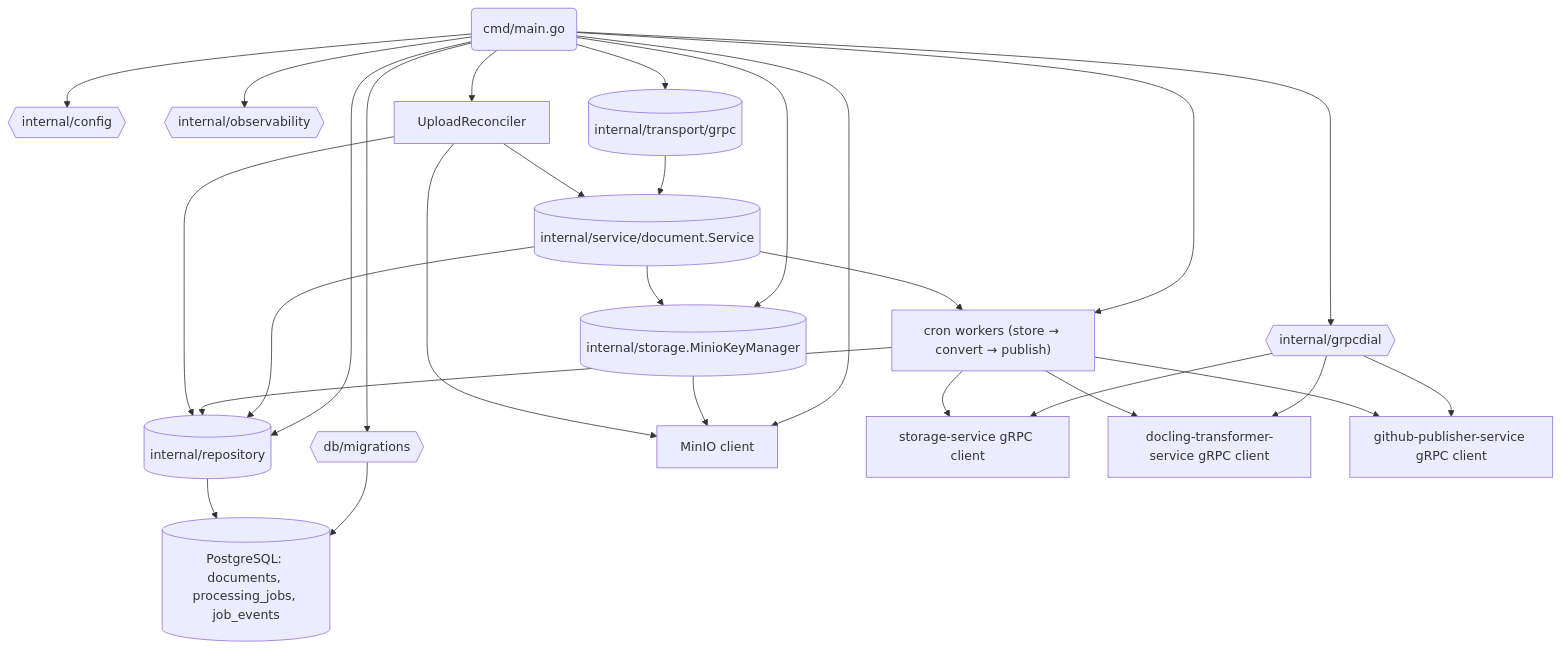
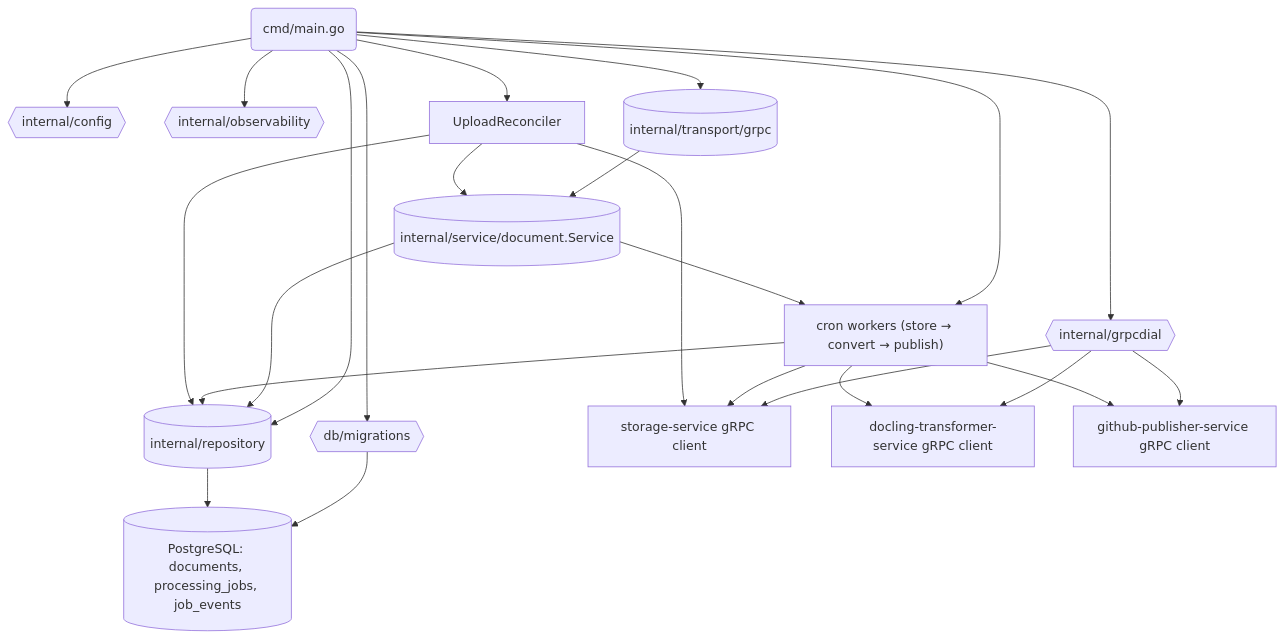
Before and after one commit to FedorovTeam/mono-repo: the diagram in backend/document-service/code.md, drawn with Mermaid. The commit also changed other lines of this file and 7 other files, not shown here.

````diff
--- a/backend/document-service/code.md
+++ b/backend/document-service/code.md
@@ -3,35 +3,31 @@
 ```mermaid
 flowchart TD
     main("cmd/main.go") --> configLoader{{"internal/config"}}
     main --> observability{{"internal/observability"}}
     main --> migrations{{"db/migrations"}}
     main --> repo
-    main --> minioClient["MinIO client"]
     main --> grpcDial{{"internal/grpcdial"}}
-    main --> keyManager
     main --> jobWorkers["cron workers (store → convert → publish)"]
     main --> uploadReconciler["UploadReconciler"]
     main --> grpcServer
 
     migrations --> db[(PostgreSQL: documents, processing_jobs, job_events)]
     repo[(internal/repository)] --> db
-    keyManager[(internal/storage.MinioKeyManager)] --> minioClient
 
     grpcDial --> storageClient["storage-service gRPC client"]
     grpcDial --> transformerClient["docling-transformer-service gRPC client"]
     grpcDial --> publisherClient["github-publisher-service gRPC client"]
 
     grpcServer[(internal/transport/grpc)] --> service
     service[(internal/service/document.Service)] --> repo
-    service --> keyManager
     service --> jobWorkers
 
     jobWorkers --> repo
     jobWorkers --> storageClient
     jobWorkers --> transformerClient
     jobWorkers --> publisherClient
 
     uploadReconciler --> repo
-    uploadReconciler --> minioClient
+    uploadReconciler --> storageClient
     uploadReconciler --> service
 ```
````
